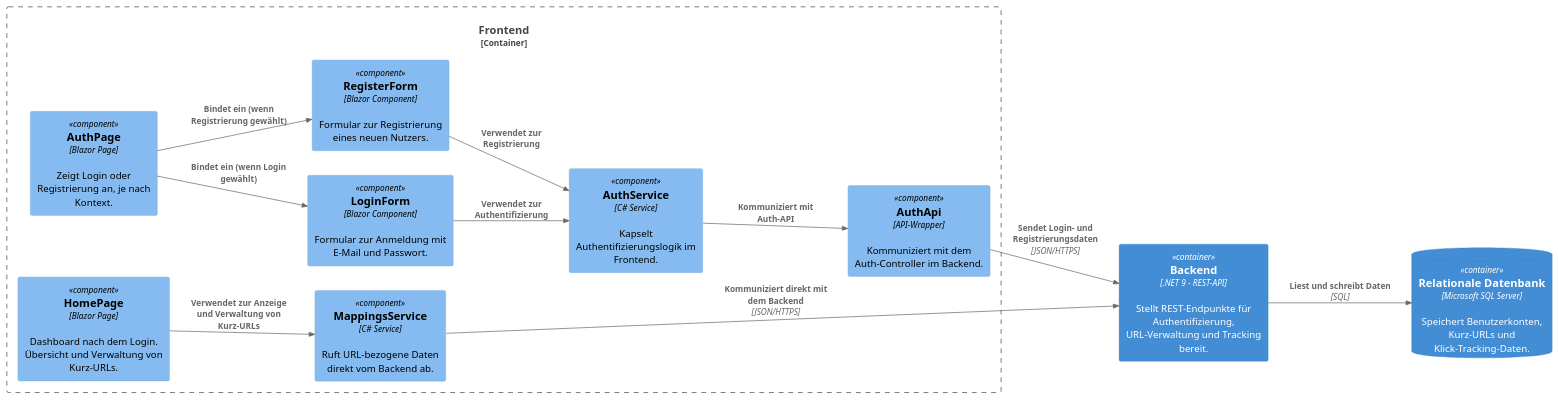
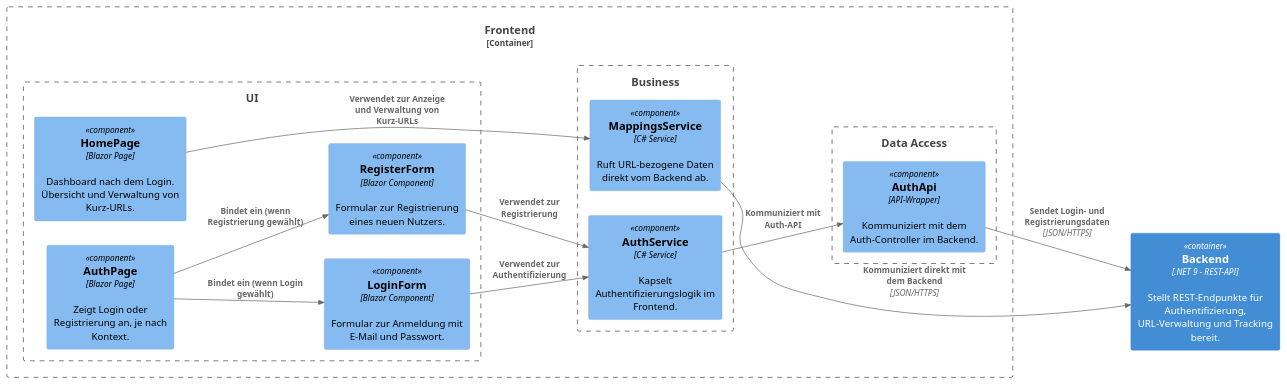
Before and after one commit to SimonLiebers-Dev/UrlShortener: the diagram in docs/plantuml/component_diagram_frontend.plantuml, drawn with PlantUML. The commit also changed 8 other files, not shown here.

Commit message:
update arc42 doc, add sequence diagrams

```diff
--- a/docs/plantuml/component_diagram_frontend.plantuml
+++ b/docs/plantuml/component_diagram_frontend.plantuml
@@ -1,38 +1,42 @@
 @startuml Komponentendiagramm Frontend
 
 !include https://raw.githubusercontent.com/plantuml-stdlib/C4-PlantUML/master/C4_Component.puml
 
 LAYOUT_LEFT_RIGHT()
 
 ' Externe Container
 Container(backend, "Backend", ".NET 9 – REST-API", "Stellt REST-Endpunkte für Authentifizierung, URL-Verwaltung und Tracking bereit.")
-ContainerDb(db, "Relationale Datenbank", "Microsoft SQL Server", "Speichert Benutzerkonten, Kurz-URLs und Klick-Tracking-Daten.")
 
 Container_Boundary(frontend, "Frontend") {
 
-    Component(authPage, "AuthPage", "Blazor Page", "Zeigt Login oder Registrierung an, je nach Kontext.")
-    Component(loginForm, "LoginForm", "Blazor Component", "Formular zur Anmeldung mit E-Mail und Passwort.")
-    Component(registerForm, "RegisterForm", "Blazor Component", "Formular zur Registrierung eines neuen Nutzers.")
-    Component(homePage, "HomePage", "Blazor Page", "Dashboard nach dem Login. Übersicht und Verwaltung von Kurz-URLs.")
+    Boundary(ui, "UI"){
+        Component(authPage, "AuthPage", "Blazor Page", "Zeigt Login oder Registrierung an, je nach Kontext.")
+        Component(loginForm, "LoginForm", "Blazor Component", "Formular zur Anmeldung mit E-Mail und Passwort.")
+        Component(registerForm, "RegisterForm", "Blazor Component", "Formular zur Registrierung eines neuen Nutzers.")
+        Component(homePage, "HomePage", "Blazor Page", "Dashboard nach dem Login. Übersicht und Verwaltung von Kurz-URLs.")
+    }
 
-    Component(authService, "AuthService", "C# Service", "Kapselt Authentifizierungslogik im Frontend.")
-    Component(mappingsService, "MappingsService", "C# Service", "Ruft URL-bezogene Daten direkt vom Backend ab.")
+    Boundary(business, "Business"){
+        Component(authService, "AuthService", "C# Service", "Kapselt Authentifizierungslogik im Frontend.")
+        Component(mappingsService, "MappingsService", "C# Service", "Ruft URL-bezogene Daten direkt vom Backend ab.")
+    }
     
-    Component(authApi, "AuthApi", "API-Wrapper", "Kommuniziert mit dem Auth-Controller im Backend.")
+    Boundary(dataAccess, "Data Access"){
+        Component(authApi, "AuthApi", "API-Wrapper", "Kommuniziert mit dem Auth-Controller im Backend.")
+    }
 
     ' Interne Beziehungen im Frontend
     Rel(authPage, loginForm, "Bindet ein (wenn Login gewählt)")
     Rel(authPage, registerForm, "Bindet ein (wenn Registrierung gewählt)")
     Rel(loginForm, authService, "Verwendet zur Authentifizierung")
     Rel(registerForm, authService, "Verwendet zur Registrierung")
     Rel(authService, authApi, "Kommuniziert mit Auth-API")
 
     Rel(homePage, mappingsService, "Verwendet zur Anzeige und Verwaltung von Kurz-URLs")
     Rel(mappingsService, backend, "Kommuniziert direkt mit dem Backend", "JSON/HTTPS")
 }
 
 ' Externe Beziehungen
 Rel(authApi, backend, "Sendet Login- und Registrierungsdaten", "JSON/HTTPS")
-Rel(backend, db, "Liest und schreibt Daten", "SQL")
 
 @enduml
```
